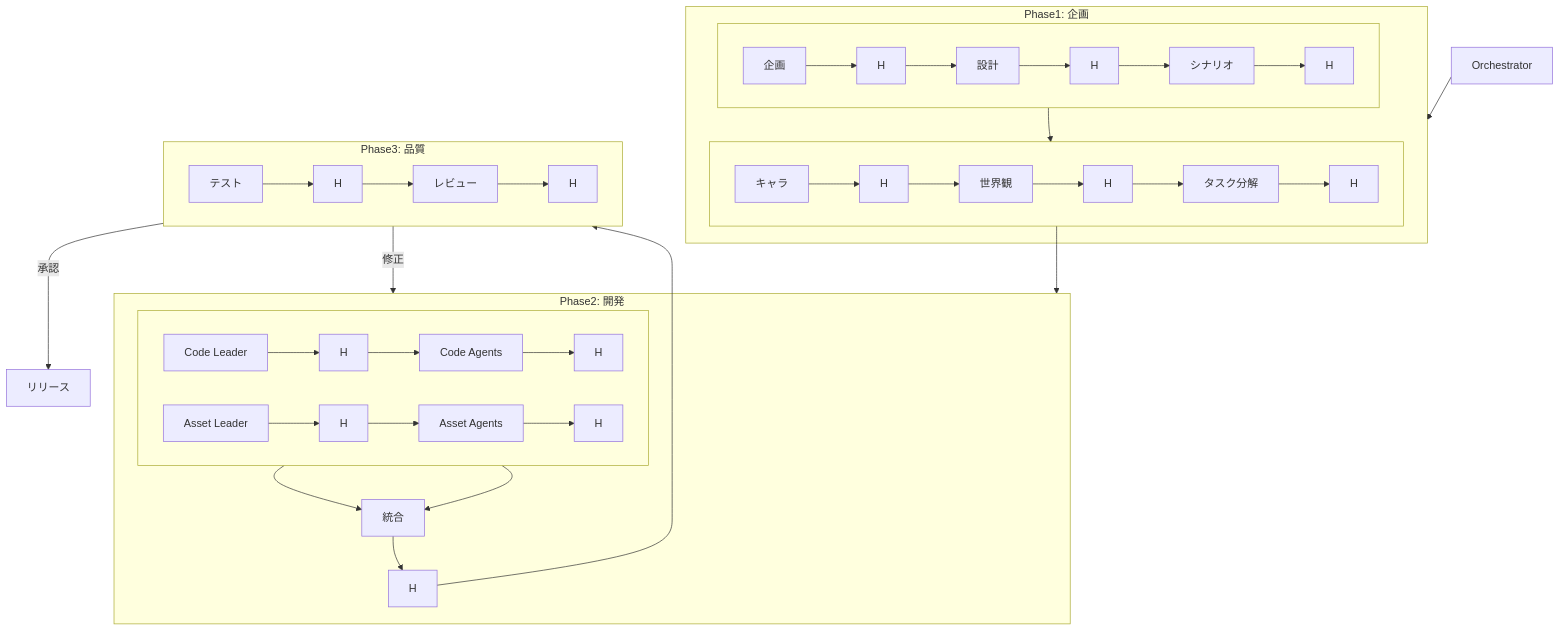
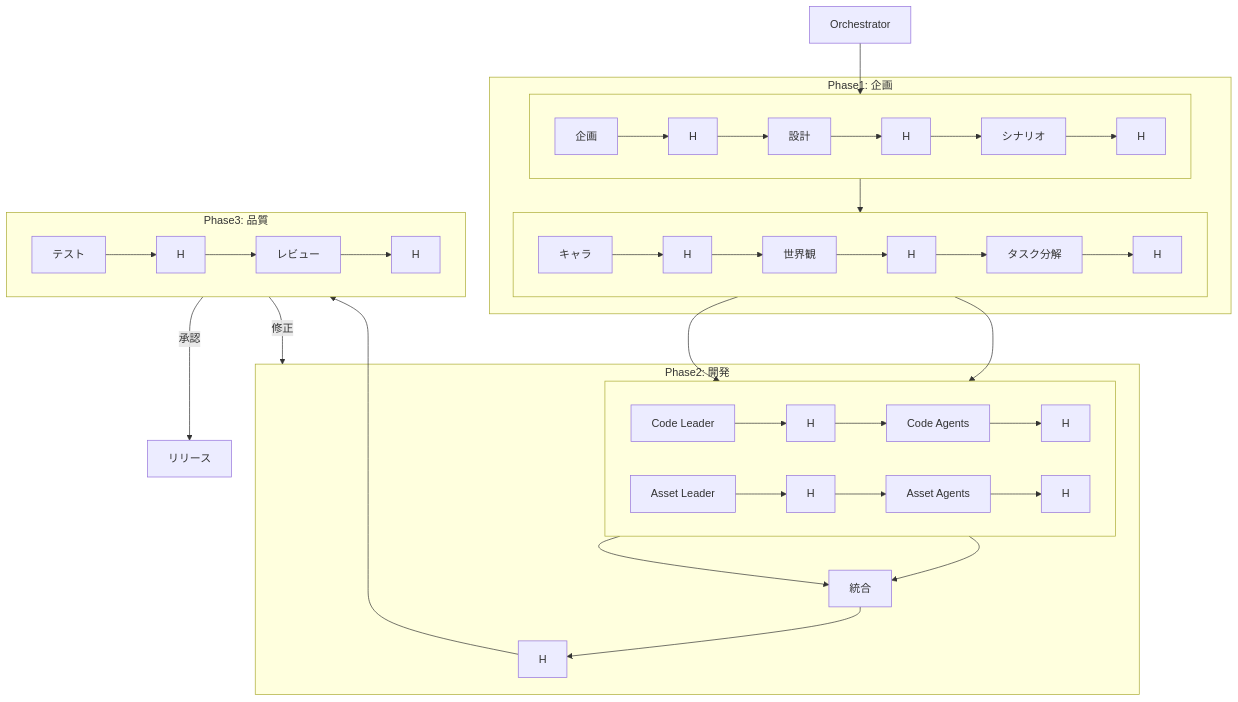
The first of 13 diagrams in langgraph/ARCHITECTURE.md (new-sankaku/toybox), drawn with Mermaid before and after one commit.

Commit message:
Fix Orchestrator position: connect to first node, define connections at end

````diff
--- a/langgraph/ARCHITECTURE.md
+++ b/langgraph/ARCHITECTURE.md
@@ -25,40 +25,39 @@
 ```mermaid
 flowchart TB
     Orch[Orchestrator]
-    Orch --> Phase1
 
     subgraph Phase1[Phase1: 企画]
         subgraph P1a[" "]
             direction LR
             P1[企画]-->H1[H]-->P2[設計]-->H2[H]-->P3[シナリオ]-->H3[H]
         end
         subgraph P1b[" "]
             direction LR
             P4[キャラ]-->H4[H]-->P5[世界観]-->H5[H]-->P6[タスク分解]-->H6[H]
         end
         P1a --> P1b
     end
 
-    H6 --> Phase2
-
     subgraph Phase2[Phase2: 開発]
         subgraph P2a[" "]
             direction LR
             CL[Code Leader]-->HC1[H]-->CA[Code Agents]-->HC2[H]
             AL[Asset Leader]-->HA1[H]-->AA[Asset Agents]-->HA2[H]
         end
         HC2 --> Int[統合]
         HA2 --> Int
         Int --> HI[H]
     end
 
-    HI --> Phase3
-
     subgraph Phase3[Phase3: 品質]
         direction LR
         T[テスト]-->HT[H]-->R[レビュー]-->HF[H]
     end
 
+    Orch --> P1
+    H6 --> CL
+    H6 --> AL
+    HI --> T
     HF -->|承認| Release[リリース]
     HF -->|修正| Phase2
 ```
````
